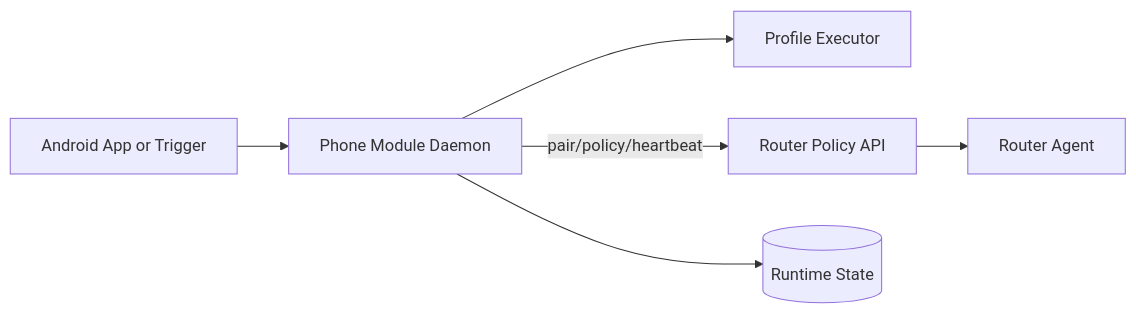
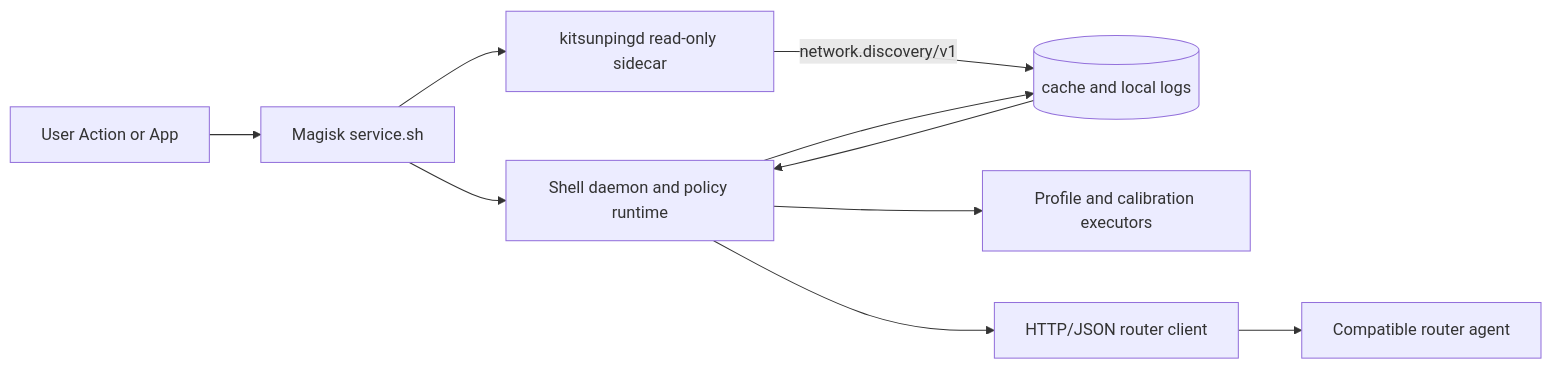
The diagram in projects/kitsunping-network-stack/README.md (Angeles-HO/architecture-portfolio), drawn with Mermaid before and after one commit. The commit also changed other lines of this file, not shown here.

Commit message:
Revise Kitsunping README for clarity and detail, updating project description, architecture overview, and core components

````diff
--- a/projects/kitsunping-network-stack/README.md
+++ b/projects/kitsunping-network-stack/README.md
@@ -17,15 +22,21 @@
 ```mermaid
 graph LR
-  App[Android App or Trigger]
-  Module[Phone Module Daemon]
-  Profiles[Profile Executor]
-  RouterAPI[Router Policy API]
-  RouterAgent[Router Agent]
-  Runtime[(Runtime State)]
+  Trigger[User Action or App]
+  Service[Magisk service.sh]
+  Shell[Shell daemon and policy runtime]
+  Native[kitsunpingd read-only sidecar]
+  State[(cache and local logs)]
+  Profiles[Profile and calibration executors]
+  RouterClient[HTTP/JSON router client]
+  RouterAgent[Compatible router agent]
 
-  App --> Module
-  Module --> Profiles
-  Module --> Runtime
-  Module -->|pair/policy/heartbeat| RouterAPI
-  RouterAPI --> RouterAgent
+  Trigger --> Service
+  Service --> Shell
+  Service --> Native
+  Native -->|network.discovery/v1| State
+  State --> Shell
+  Shell --> Profiles
+  Shell --> State
+  Shell --> RouterClient
+  RouterClient --> RouterAgent
 ```
````
